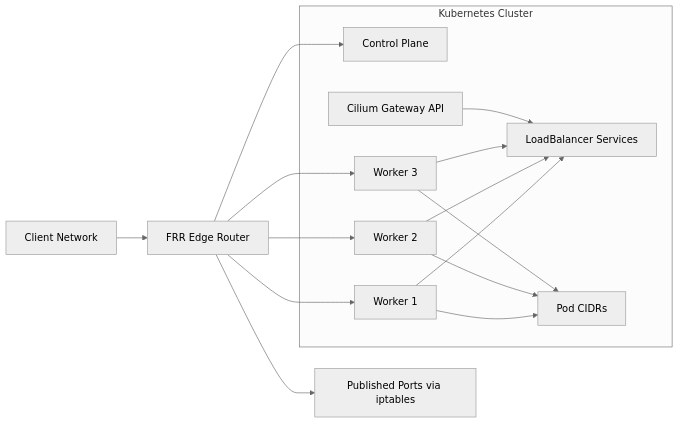
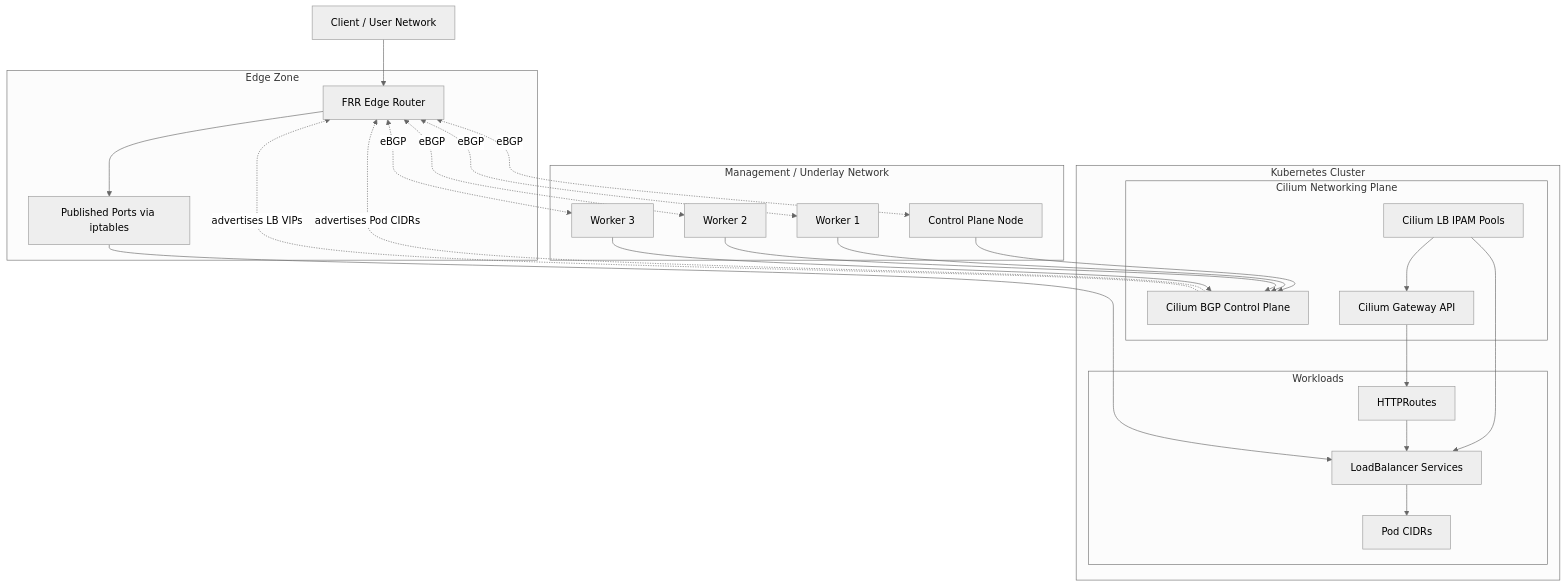
Before and after one commit to pascariucosmin93/k8s-networking: the diagram in README.md, drawn with Mermaid (neutral theme).

Commit message:
docs: improve lab topology diagram

````diff
--- a/README.md
+++ b/README.md
@@ -34,28 +34,53 @@
 ```mermaid
-flowchart LR
-    client[Client Network] --> edge[FRR Edge Router]
-    edge --> cp[Control Plane]
-    edge --> w1[Worker 1]
-    edge --> w2[Worker 2]
-    edge --> w3[Worker 3]
+flowchart TB
+    client[Client / User Network]
 
-    subgraph k8s[Kubernetes Cluster]
-      cp
-      w1
-      w2
-      w3
-      svc[LoadBalancer Services]
-      gw[Cilium Gateway API]
-      pods[Pod CIDRs]
+    subgraph edge_zone[Edge Zone]
+        edge[FRR Edge Router]
+        nat[Published Ports via iptables]
     end
 
-    w1 --> svc
-    w2 --> svc
-    w3 --> svc
-    w1 --> pods
-    w2 --> pods
-    w3 --> pods
-    gw --> svc
+    subgraph transport[Management / Underlay Network]
+        cp[Control Plane Node]
+        w1[Worker 1]
+        w2[Worker 2]
+        w3[Worker 3]
+    end
 
-    edge --> pub[Published Ports via iptables]
+    subgraph cluster[ Kubernetes Cluster ]
+        subgraph cilium_plane[Cilium Networking Plane]
+            bgp[Cilium BGP Control Plane]
+            ipam[Cilium LB IPAM Pools]
+            gw[Cilium Gateway API]
+        end
+
+        subgraph workloads[Workloads]
+            svc[LoadBalancer Services]
+            pods[Pod CIDRs]
+            routes[HTTPRoutes]
+        end
+    end
+
+    client --> edge
+    edge --> nat
+
+    edge <-. eBGP .-> cp
+    edge <-. eBGP .-> w1
+    edge <-. eBGP .-> w2
+    edge <-. eBGP .-> w3
+
+    cp --> bgp
+    w1 --> bgp
+    w2 --> bgp
+    w3 --> bgp
+
+    ipam --> svc
+    ipam --> gw
+    gw --> routes
+    routes --> svc
+
+    bgp -. advertises Pod CIDRs .-> edge
+    bgp -. advertises LB VIPs .-> edge
+    nat --> svc
+    svc --> pods
 ```
````
